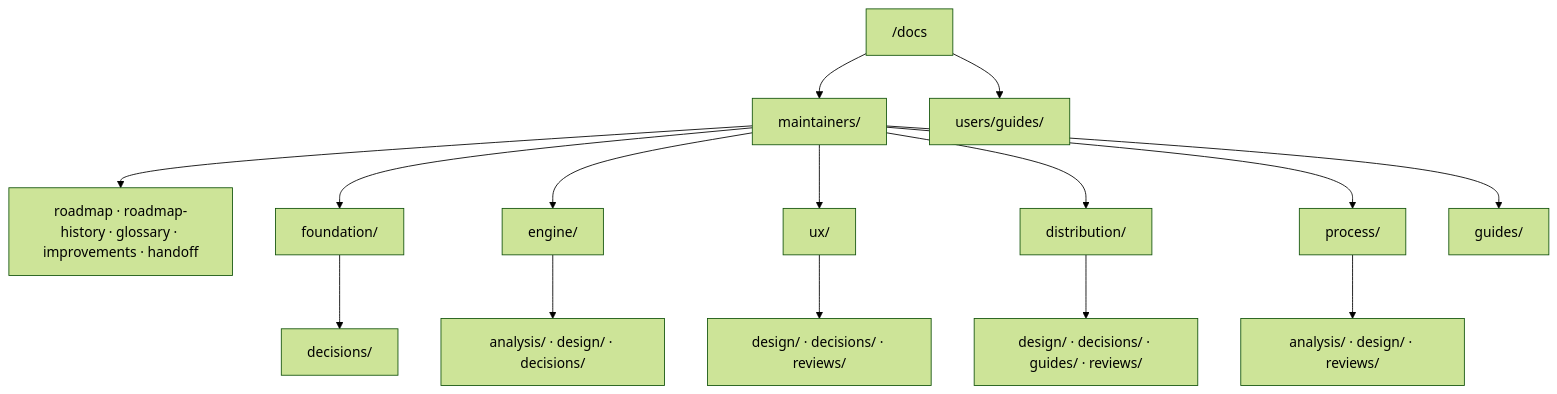
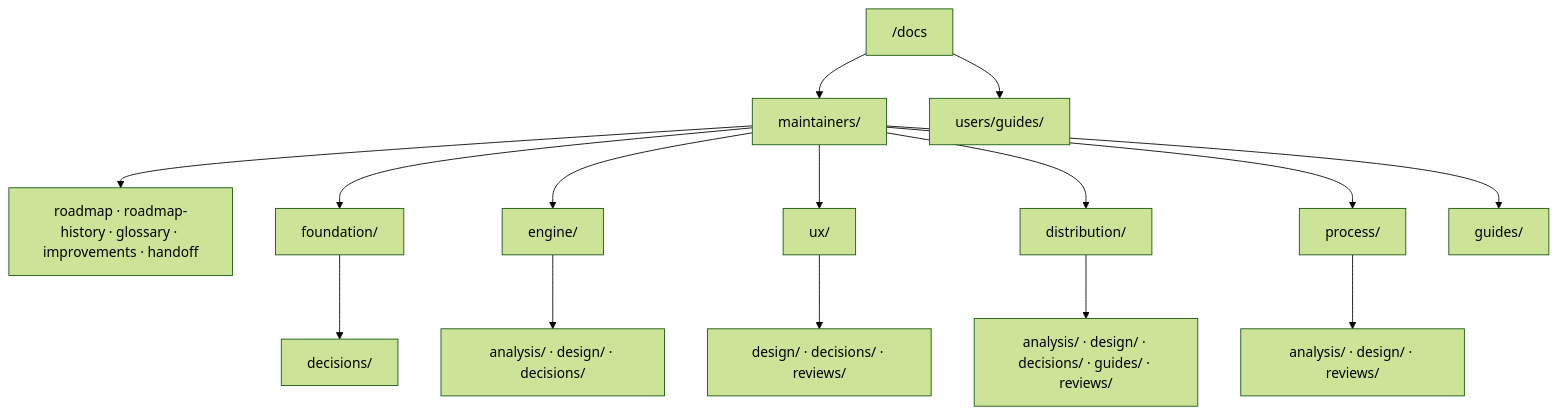
Before and after one commit to alergyonthestage/ytdl: the diagram in docs/README.md, drawn with Mermaid (forest theme). The commit also changed other lines of this file and 8 other files, not shown here.

````diff
--- a/docs/README.md
+++ b/docs/README.md
@@ -17,17 +17,17 @@
 ```mermaid
 flowchart TD
   D["/docs"] --> M["maintainers/"]
   D --> U["users/guides/"]
   M --> X["roadmap · roadmap-history · glossary · improvements · handoff"]
   M --> F["foundation/"]
   M --> E["engine/"]
   M --> UX["ux/"]
   M --> DI["distribution/"]
   M --> P["process/"]
   M --> MG["guides/"]
   F --> FT["decisions/"]
   E --> ET["analysis/ · design/ · decisions/"]
   UX --> UT["design/ · decisions/ · reviews/"]
-  DI --> DT["design/ · decisions/ · guides/ · reviews/"]
+  DI --> DT["analysis/ · design/ · decisions/ · guides/ · reviews/"]
   P --> PT["analysis/ · design/ · reviews/"]
 ```
````
